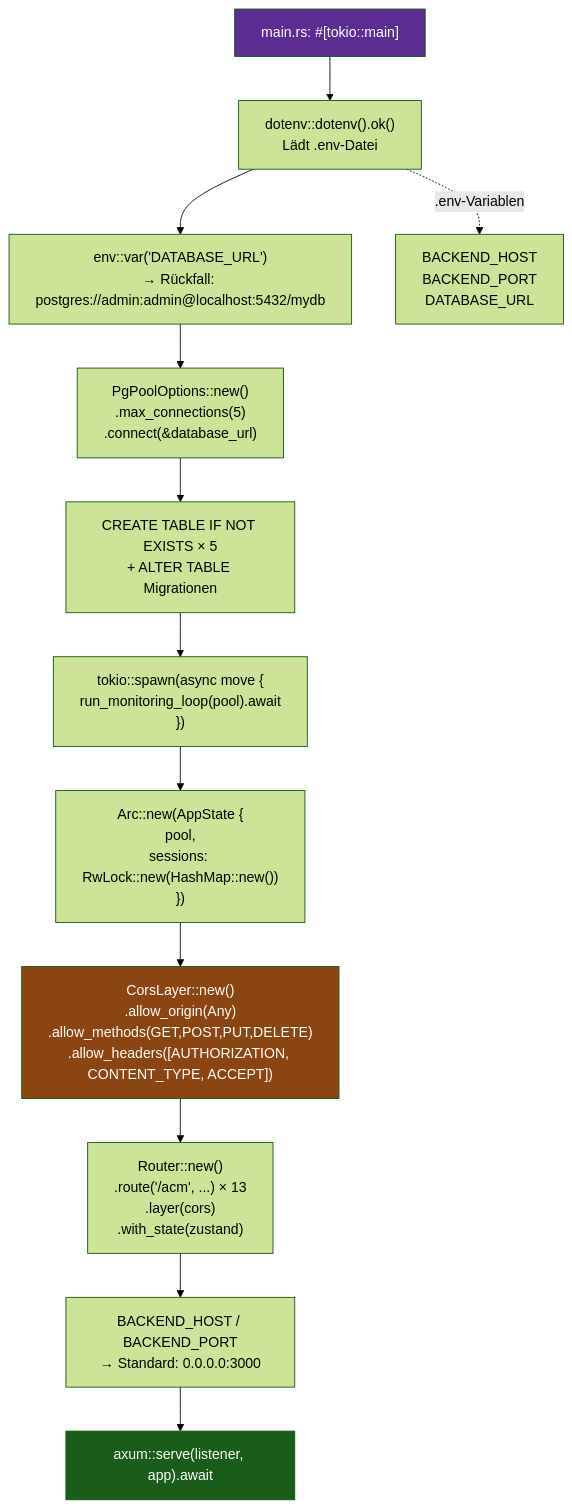
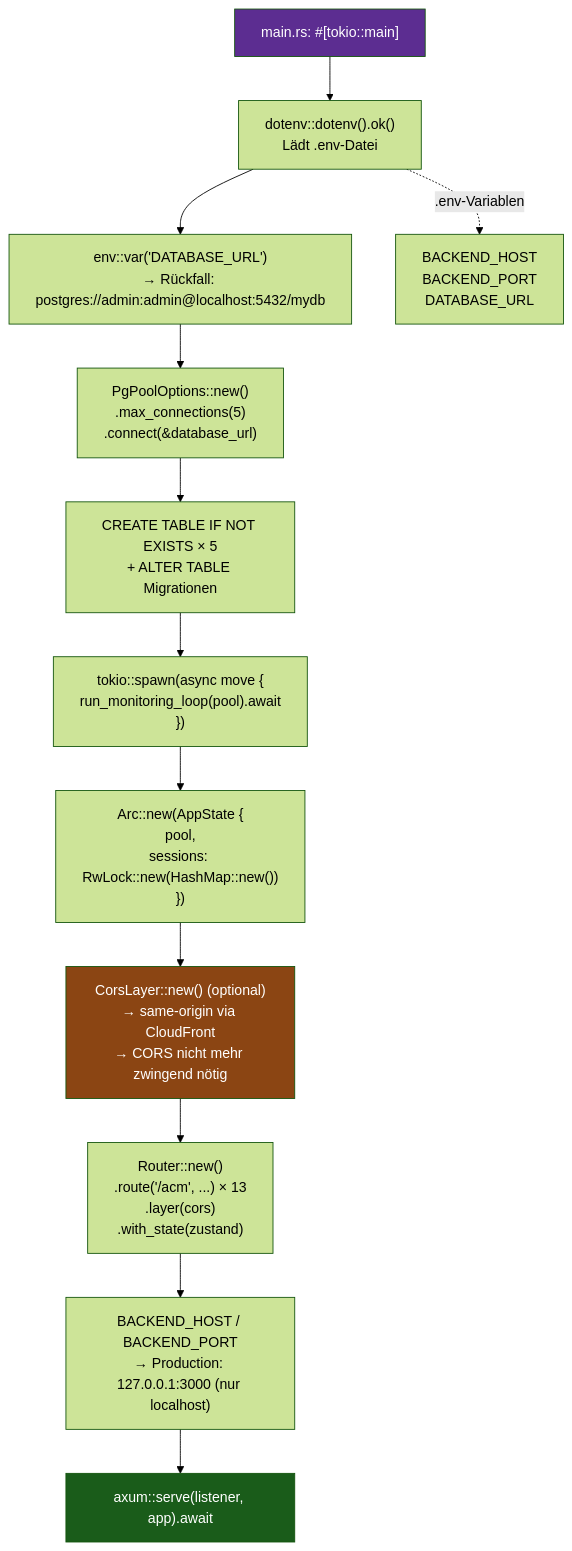
One commit to DevDaio/ACM_API-Connection-Monitor changed the tenth of 10 diagrams in explain-canvas.md. Above: the diagram before and after it, drawn with Mermaid (forest theme). The commit also changed other lines of this file and 7 other files, not shown here.

First line of the commit message:
feat: HTTPS via CloudFront + Nginx reverse proxy

````diff
--- a/explain-canvas.md
+++ b/explain-canvas.md
@@ -555,19 +558,19 @@
 ```mermaid
 flowchart TD
     START["main.rs: #[tokio::main]"] --> DOTENV["dotenv::dotenv().ok()<br/>Lädt .env-Datei"]
     DOTENV --> DATABASE_URL["env::var('DATABASE_URL')<br/>→ Rückfall: postgres://admin:admin@localhost:5432/mydb"]
     DATABASE_URL --> POOL["PgPoolOptions::new()<br/>.max_connections(5)<br/>.connect(&database_url)"]
     POOL --> TABELLEN_ANLEG["CREATE TABLE IF NOT EXISTS × 5<br/>+ ALTER TABLE Migrationen"]
     TABELLEN_ANLEG --> UEBERWACH_START["tokio::spawn(async move {<br/>run_monitoring_loop(pool).await<br/>})"]
     UEBERWACH_START --> ZUSTAND_BAU["Arc::new(AppState {<br/>pool,<br/>sessions: RwLock::new(HashMap::new())<br/>})"]
-    ZUSTAND_BAU -->     CORS["CorsLayer::new()<br/>.allow_origin(Any)<br/>.allow_methods(GET,POST,PUT,DELETE)<br/>.allow_headers([AUTHORIZATION, CONTENT_TYPE, ACCEPT])"]
+    ZUSTAND_BAU -->     CORS["CorsLayer::new() (optional)<br/>→ same-origin via CloudFront<br/>→ CORS nicht mehr zwingend nötig"]
     CORS --> ROUTEN["Router::new()<br/>.route('/acm', ...) × 13<br/>.layer(cors)<br/>.with_state(zustand)"]
-    ROUTEN --> BINDEN["BACKEND_HOST / BACKEND_PORT<br/>→ Standard: 0.0.0.0:3000"]
+    ROUTEN --> BINDEN["BACKEND_HOST / BACKEND_PORT<br/>→ Production: 127.0.0.1:3000 (nur localhost)"]
     BINDEN --> BEDIEN["axum::serve(listener, app).await"]
 
     DOTENV -.->|".env-Variablen"| HOST["BACKEND_HOST<br/>BACKEND_PORT<br/>DATABASE_URL"]
 
     style START fill:#5c2d91,color:#fff
     style BEDIEN fill:#1a5c1a,color:#fff
     style CORS fill:#8b4513,color:#fff
 ```
````
